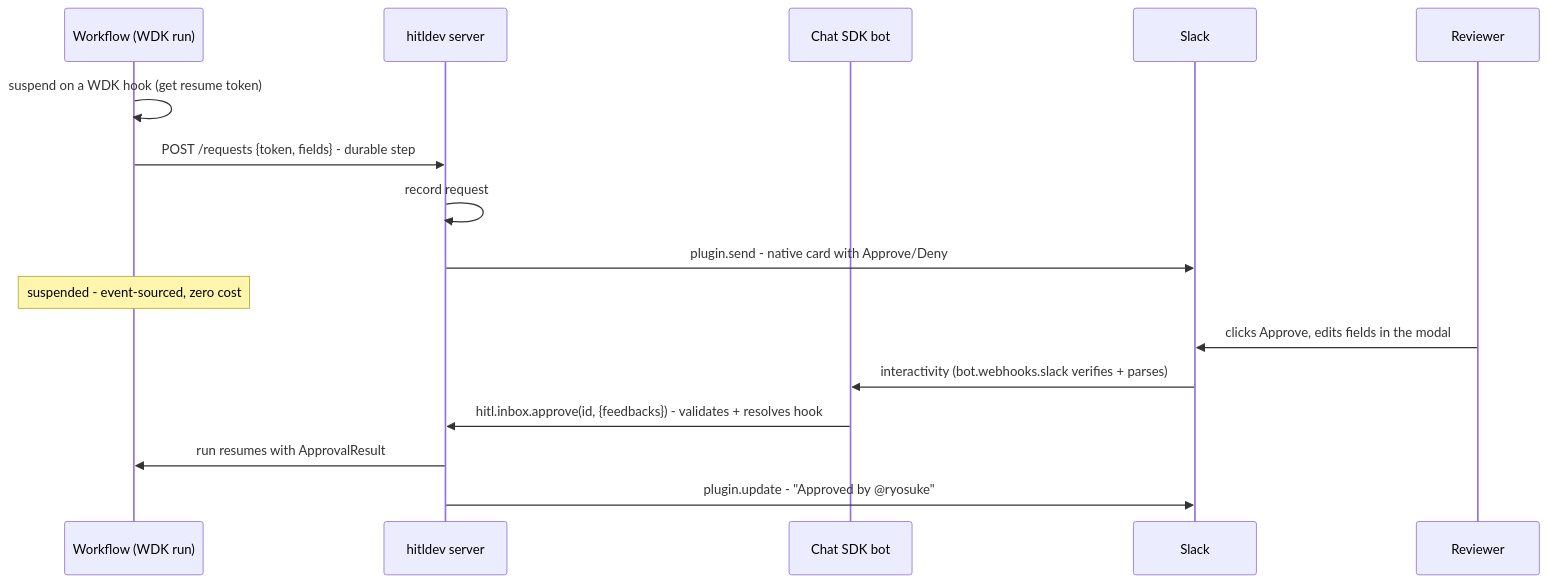
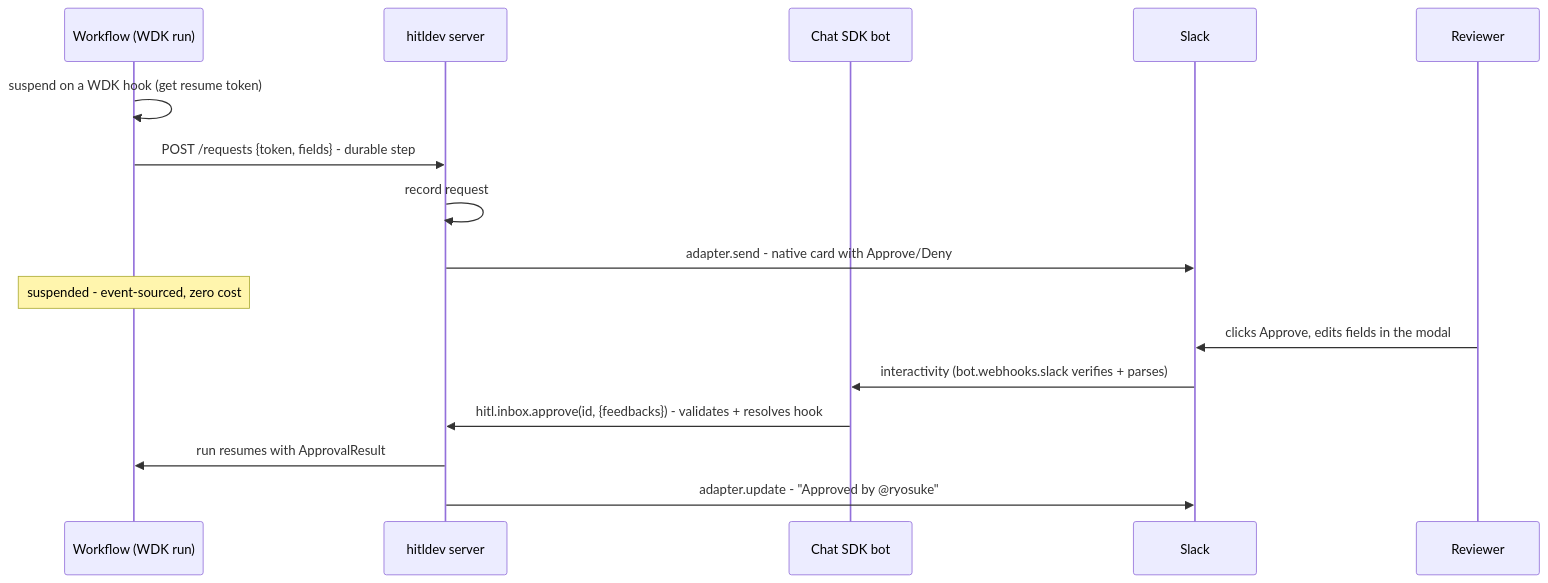
The diagram in README.md (u17g/hitl), drawn with Mermaid before and after one commit. The commit also changed other lines of this file and 24 other files, not shown here.

Commit message:
Update README and codebase to replace 'plugin' terminology with 'adapter' for consistency. Adjust related comments, types, and documentation across the project to reflect this change, ensuring clarity in the usage of channel adapters in the HITL framework.

````diff
--- a/README.md
+++ b/README.md
@@ -311,18 +311,18 @@
 ```mermaid
 sequenceDiagram
   participant W as Workflow (WDK run)
   participant H as hitldev server
   participant B as Chat SDK bot
   participant S as Slack
   participant R as Reviewer
   W->>W: suspend on a WDK hook (get resume token)
   W->>H: POST /requests {token, fields} - durable step
   H->>H: record request
-  H->>S: plugin.send - native card with Approve/Deny
+  H->>S: adapter.send - native card with Approve/Deny
   Note over W: suspended - event-sourced, zero cost
   R->>S: clicks Approve, edits fields in the modal
   S->>B: interactivity (bot.webhooks.slack verifies + parses)
   B->>H: hitl.inbox.approve(id, {feedbacks}) - validates + resolves hook
   H->>W: run resumes with ApprovalResult
-  H->>S: plugin.update - "Approved by @ryosuke"
+  H->>S: adapter.update - "Approved by @ryosuke"
 ```
````
